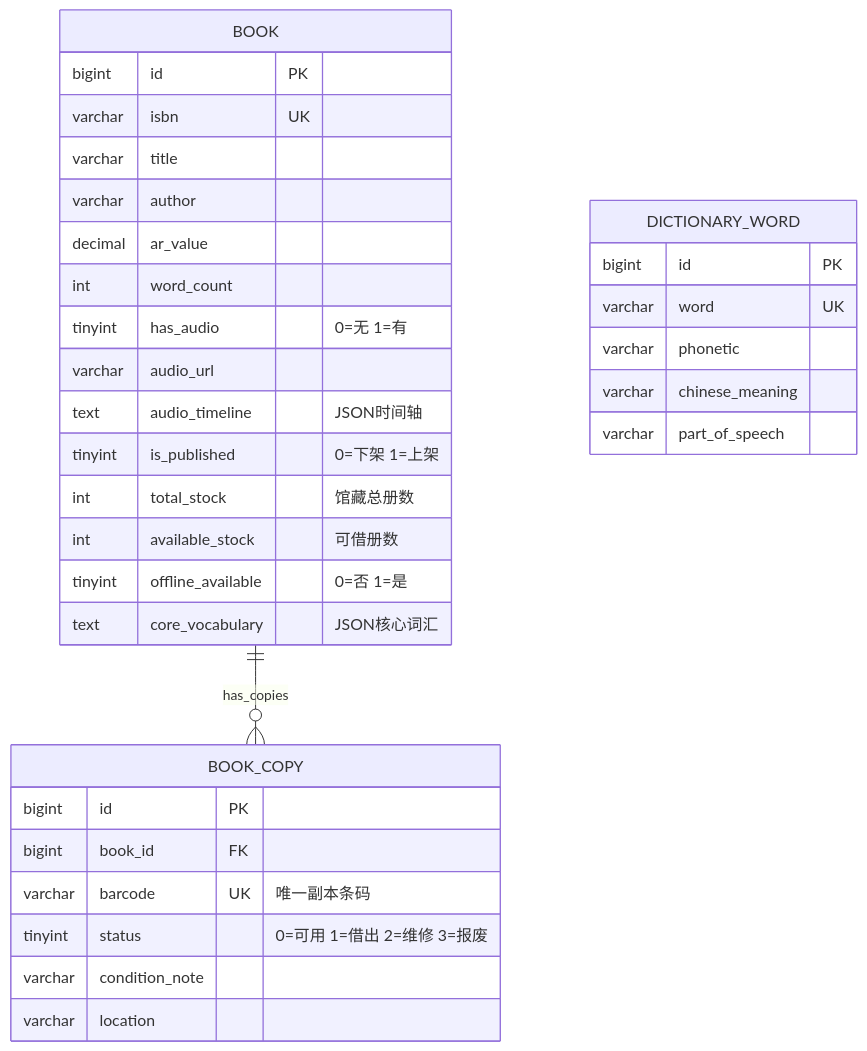
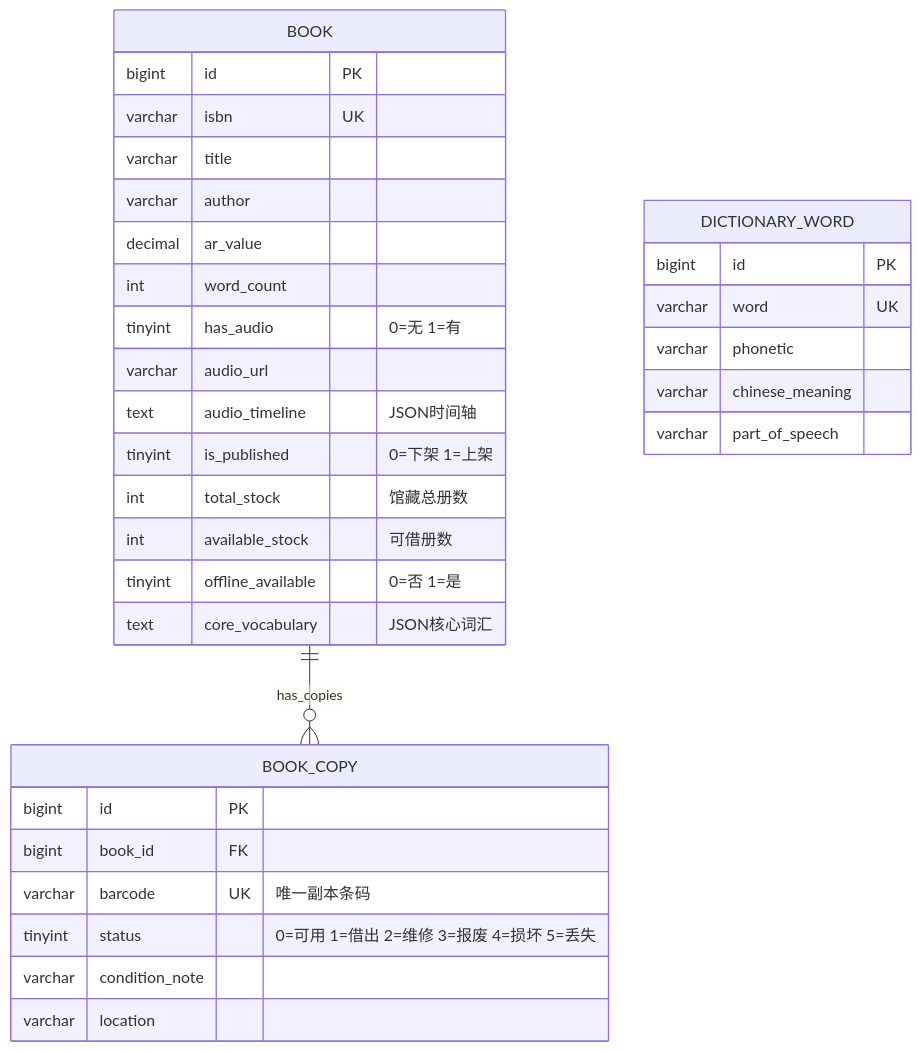
One commit to leechunwoo0815/librio changed diagram 12 of 28 in PRD/UML-ER.md. Above: the diagram before and after it, drawn with Mermaid. The commit also changed other lines of this file and 48 other files, not shown here.

````diff
--- a/PRD/UML-ER.md
+++ b/PRD/UML-ER.md
@@ -264,38 +264,38 @@
 ```mermaid
 erDiagram
     BOOK {
         bigint id PK
         varchar isbn UK
         varchar title
         varchar author
         decimal ar_value
         int word_count
         tinyint has_audio "0=无 1=有"
         varchar audio_url
         text audio_timeline "JSON时间轴"
         tinyint is_published "0=下架 1=上架"
         int total_stock "馆藏总册数"
         int available_stock "可借册数"
         tinyint offline_available "0=否 1=是"
         text core_vocabulary "JSON核心词汇"
     }
 
     BOOK_COPY {
         bigint id PK
         bigint book_id FK
         varchar barcode UK "唯一副本条码"
-        tinyint status "0=可用 1=借出 2=维修 3=报废"
+        tinyint status "0=可用 1=借出 2=维修 3=报废 4=损坏 5=丢失"
         varchar condition_note
         varchar location
     }
 
     DICTIONARY_WORD {
         bigint id PK
         varchar word UK
         varchar phonetic
         varchar chinese_meaning
         varchar part_of_speech
     }
 
     BOOK ||--o{ BOOK_COPY : "has_copies"
 ```
````
